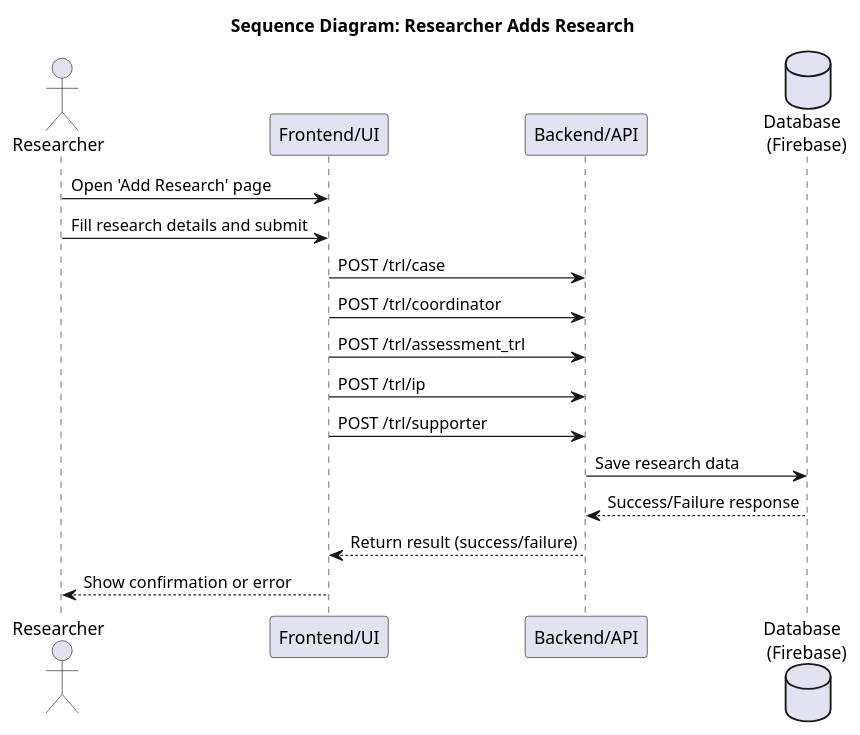
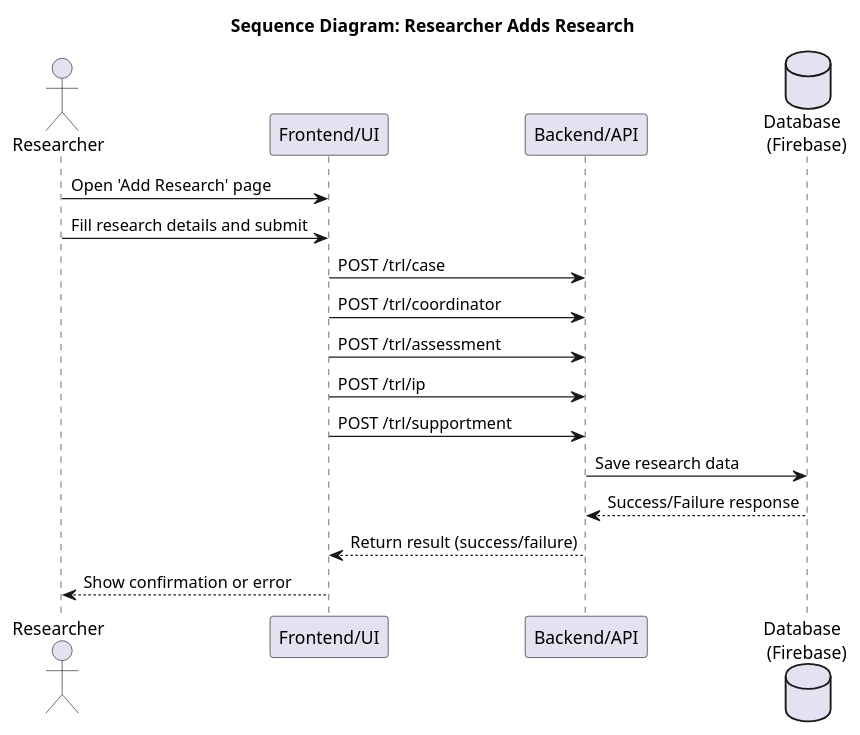
Before and after one commit to punyanuch-h/trl-research-frontend: the diagram in sequence diagram/user/user_add_research.puml, drawn with PlantUML. The commit also changed 21 other files, not shown here.

```diff
--- a/sequence diagram/user/user_add_research.puml
+++ b/sequence diagram/user/user_add_research.puml
@@ -1,21 +1,21 @@
 @startuml
 title Sequence Diagram: Researcher Adds Research
 
 actor Researcher
 participant "Frontend/UI" as UI
 participant "Backend/API" as API
 database "Database \n (Firebase)" as DB
 
 Researcher -> UI: Open 'Add Research' page
 Researcher -> UI: Fill research details and submit
 UI -> API: POST /trl/case
 UI -> API: POST /trl/coordinator
-UI -> API: POST /trl/assessment_trl
+UI -> API: POST /trl/assessment
 UI -> API: POST /trl/ip
-UI -> API: POST /trl/supporter
+UI -> API: POST /trl/supportment
 API -> DB: Save research data
 DB --> API: Success/Failure response
 API --> UI: Return result (success/failure)
 UI --> Researcher: Show confirmation or error
 
 @enduml
```
